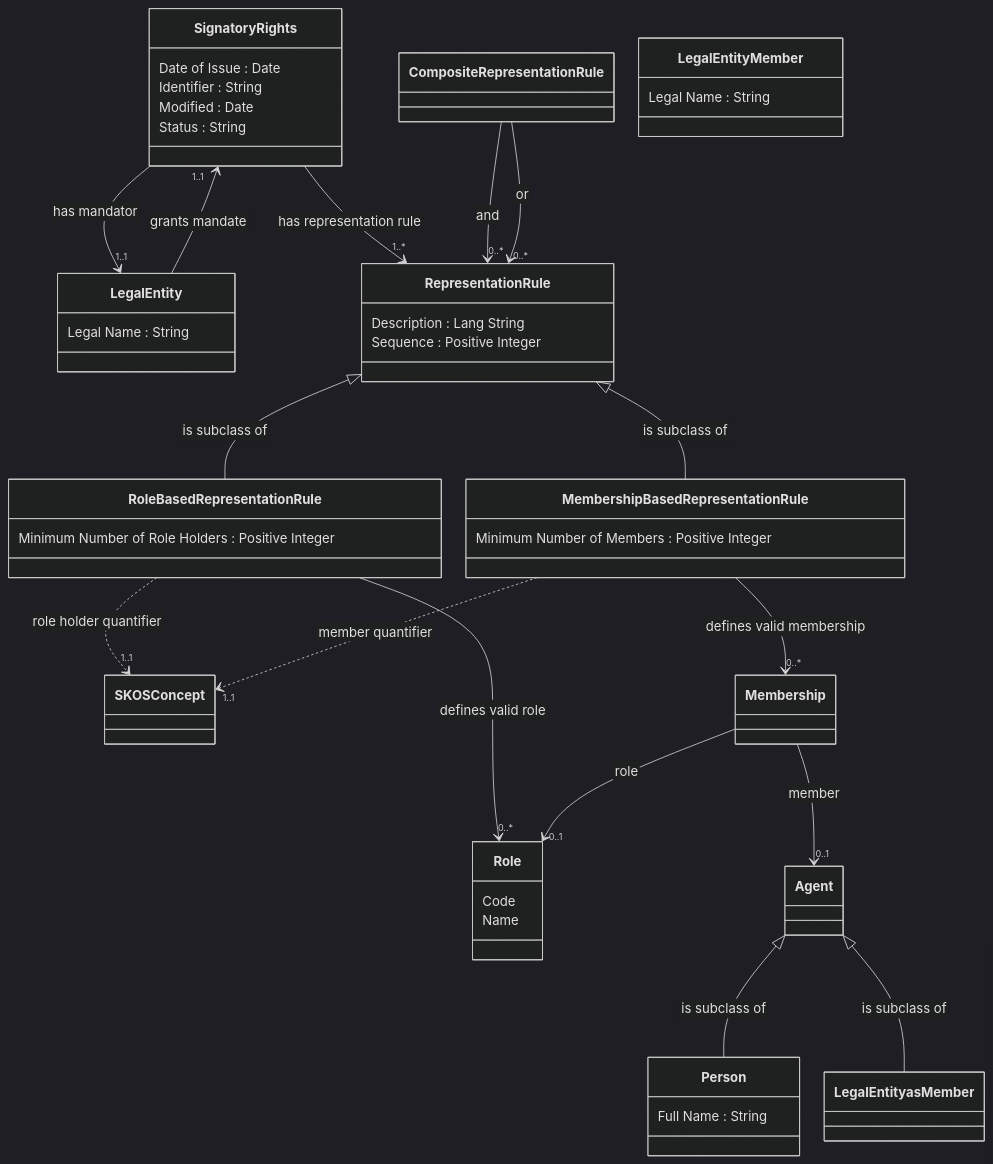
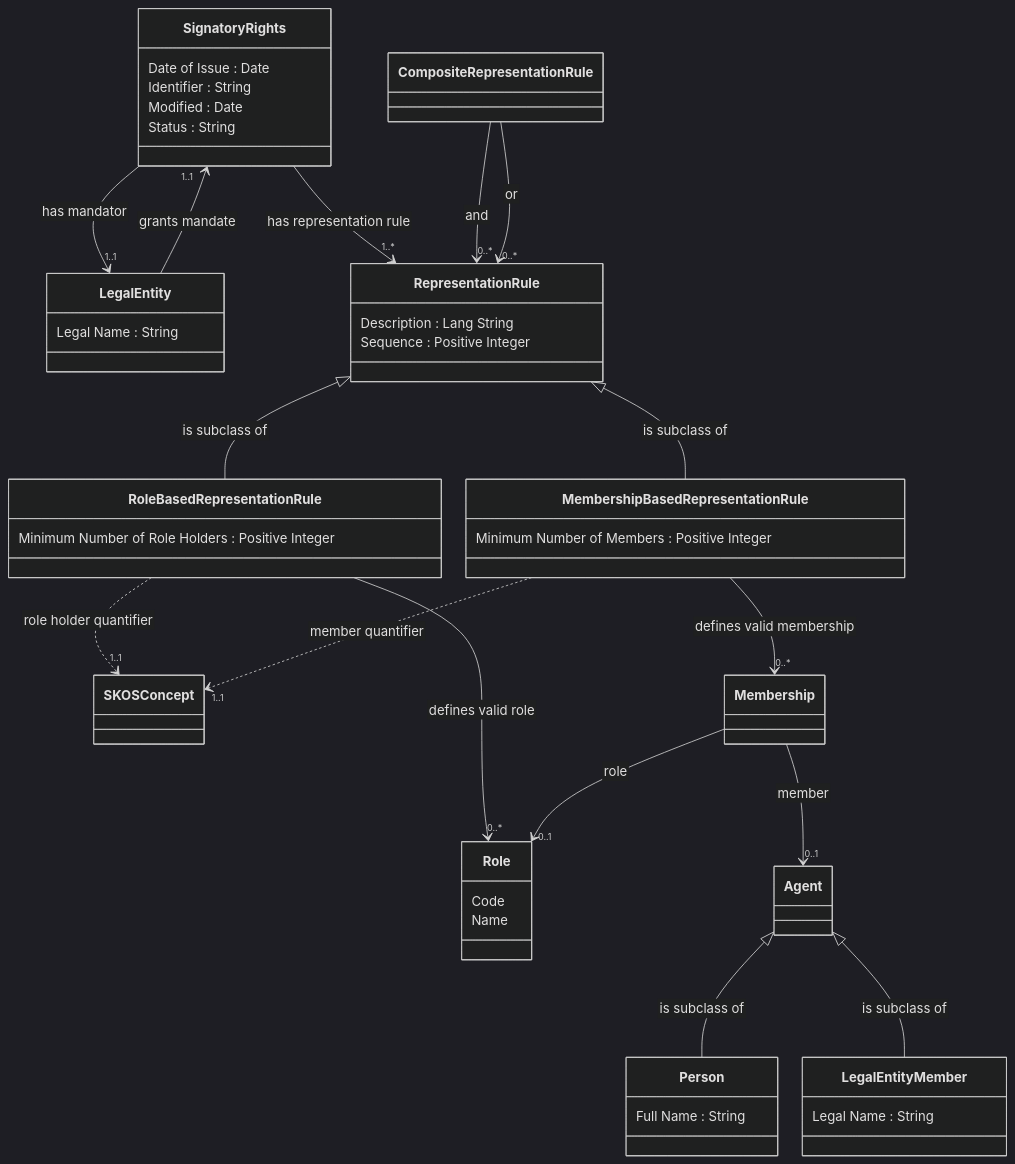
The second of 2 diagrams in README.md (nordicsmartgovernment/Nordic-Signatory-Rights-Model), drawn with Mermaid (dark theme) before and after one commit.

````diff
--- a/README.md
+++ b/README.md
@@ -69,74 +69,74 @@
 ```mermaid
  %%{init:{'flowchart':{'nodeSpacing': 30, 'rankSpacing': 95, 'htmlLabels': false}}}%%
     classDiagram
         class Signatory Rights {
             Date of Issue : Date
             Identifier : String
             Modified : Date
             Status : String
         }
 
         Signatory Rights --> "1..1" Legal Entity : has mandator
         Signatory Rights --> "1..*" Representation Rule : has representation rule
 
         class Legal Entity {
            Legal Name : String
         }
 
         Legal Entity --> "1..1" Signatory Rights:grants mandate
 
         class Representation Rule {
            Description : Lang String
            Sequence : Positive Integer
         }
 
         class Role Based Representation Rule {
            Minimum Number of Role Holders : Positive Integer
         }
 
         Role Based Representation Rule --> "0..*" Role : defines valid role
         Role Based Representation Rule ..> "1..1" SKOSConcept : role holder quantifier
 
         class Membership Based Representation Rule {
            Minimum Number of Members : Positive Integer
         }
 
         Membership Based Representation Rule --> "0..*" Membership : defines valid membership
         Membership Based Representation Rule ..> "1..1" SKOSConcept : member quantifier
 
         class Composite Representation Rule {
         }
 
         Composite Representation Rule --> "0..*" Representation Rule : and
         Composite Representation Rule --> "0..*" Representation Rule : or
 
         class Agent {
         }
 
         class Role {
            Code
            Name
         }
 
         class Membership {
         }
 
         Membership --> "0..1" Role : role
         Membership --> "0..1" Agent : member
 
         class Person {
            Full Name : String
         }
 
         class Legal Entity Member {
            Legal Name : String
         }
 
         class SKOSConcept {
         }
 
         Representation Rule <|-- Role Based Representation Rule : is subclass of
         Representation Rule <|-- Membership Based Representation Rule : is subclass of
         Agent <|-- Person : is subclass of
-        Agent <|-- Legal Entity as Member : is subclass of
+        Agent <|-- Legal Entity Member : is subclass of
 ```
````
